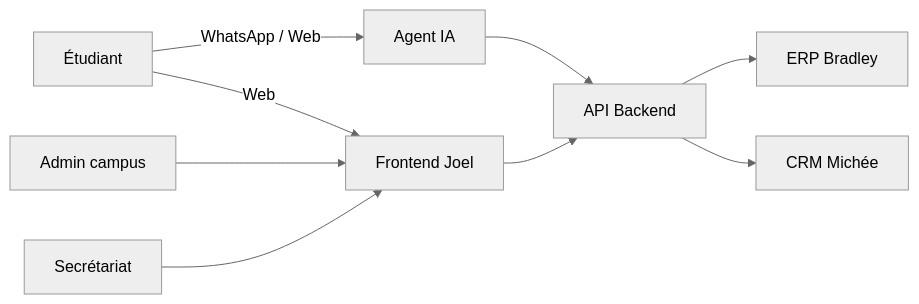
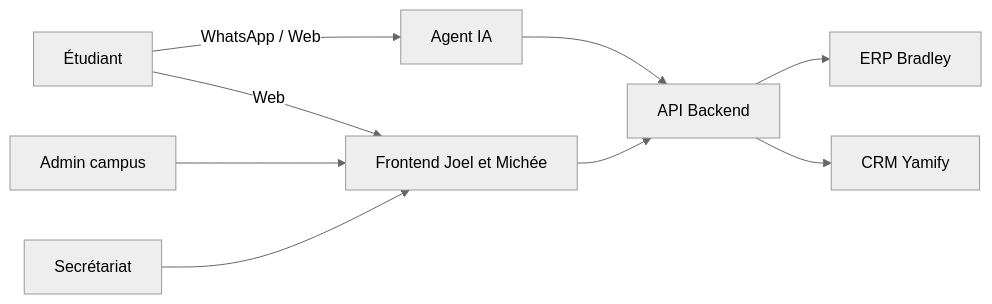
Before and after one commit to Chemi09/SmartCampus-Agent: the first of 3 diagrams in docs/PLAN-CONCEPTION.md, drawn with Mermaid (neutral theme). The commit also changed other lines of this file and 4 other files, not shown here.

````diff
--- a/docs/PLAN-CONCEPTION.md
+++ b/docs/PLAN-CONCEPTION.md
@@ -68,11 +67,11 @@
 ```mermaid
 flowchart LR
   E[Étudiant] -->|WhatsApp / Web| AG[Agent IA]
-  E -->|Web| FE[Frontend Joel]
+  E -->|Web| FE[Frontend Joel et Michée]
   AD[Admin campus] --> FE
   SEC[Secrétariat] --> FE
   AG --> API[API Backend]
   FE --> API
   API --> ERP[ERP Bradley]
-  API --> CRM[CRM Michée]
+  API --> CRM[CRM Yamify]
 ```
````
